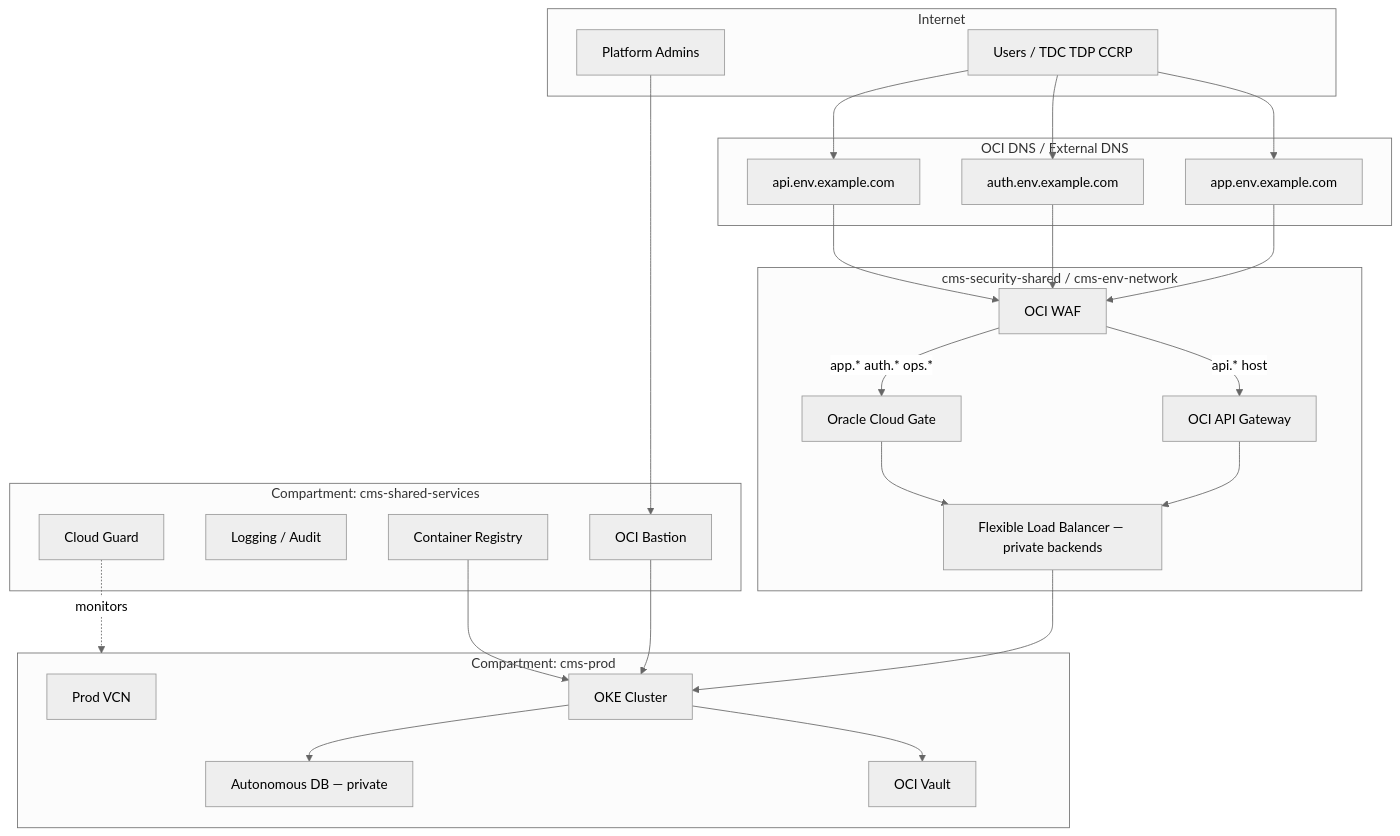
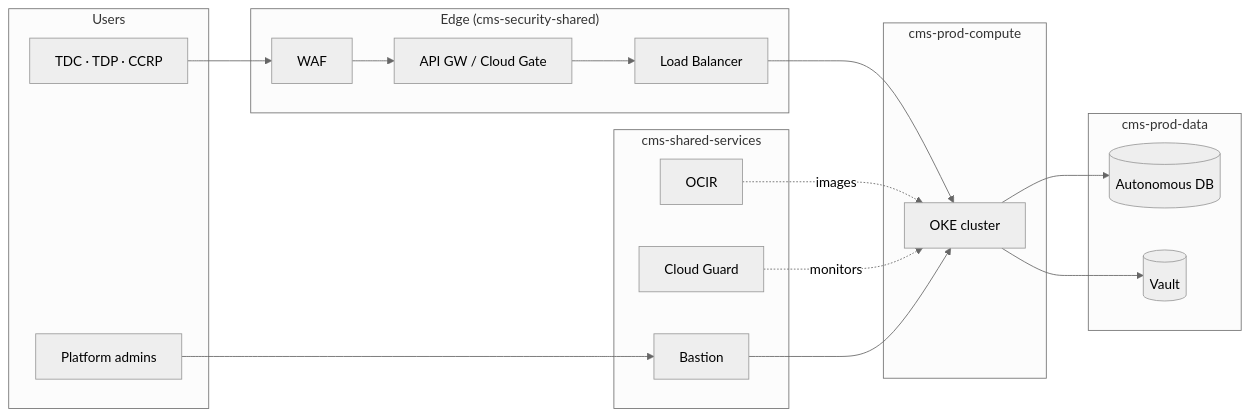
The third of 12 diagrams in README.md (gitmujoshi/Confidential-AI-Network), drawn with Mermaid (neutral theme) before and after one commit. The commit also changed other lines of this file, not shown here.

First line of the commit message:
docs: refactor README architecture diagrams into focused chunks

````diff
--- a/README.md
+++ b/README.md
@@ -63,49 +79,35 @@
 ```mermaid
-flowchart TB
-  subgraph Internet
-    Users[Users / TDC TDP CCRP]
-    Admins[Platform Admins]
+flowchart LR
+  subgraph Users
+    U[TDC · TDP · CCRP]
+    A[Platform admins]
   end
 
-  subgraph DNS["OCI DNS / External DNS"]
-    App_DNS[app.env.example.com]
-    Auth_DNS[auth.env.example.com]
-    Api_DNS[api.env.example.com]
+  subgraph Edge["Edge (cms-security-shared)"]
+    WAF[WAF]
+    GW[API GW / Cloud Gate]
+    LB[Load Balancer]
   end
 
-  subgraph Edge["cms-security-shared / cms-env-network"]
-    WAF[OCI WAF]
-    APIGW[OCI API Gateway]
-    CG[Oracle Cloud Gate]
-    LB[Flexible Load Balancer — private backends]
+  subgraph Workload["cms-prod-compute"]
+    OKE[OKE cluster]
   end
 
-  subgraph EnvProd["Compartment: cms-prod"]
-    VCN_P[Prod VCN]
-    OKE_P[OKE Cluster]
-    ADB_P[Autonomous DB — private]
-    Vault_P[OCI Vault]
+  subgraph Data["cms-prod-data"]
+    ADB[(Autonomous DB)]
+    V[(Vault)]
   end
 
-  subgraph Shared["Compartment: cms-shared-services"]
-    OCIR[Container Registry]
-    Logging[Logging / Audit]
-    CloudGuard[Cloud Guard]
-    Bastion[OCI Bastion]
+  subgraph Shared["cms-shared-services"]
+    OCIR[OCIR]
+    CG[Cloud Guard]
+    B[Bastion]
   end
 
-  Users --> App_DNS --> WAF
-  Users --> Auth_DNS --> WAF
-  Users --> Api_DNS --> WAF
-
-  WAF -->|api.* host| APIGW --> LB
-  WAF -->|app.* auth.* ops.*| CG --> LB
-  LB --> OKE_P
-  OKE_P --> ADB_P
-  OKE_P --> Vault_P
-
-  Admins --> Bastion --> OKE_P
-
-  CloudGuard -. monitors .-> EnvProd
-  OCIR --> OKE_P
+  U --> WAF --> GW --> LB --> OKE
+  OKE --> ADB
+  OKE --> V
+  OCIR -. images .-> OKE
+  CG -. monitors .-> OKE
+  A --> B --> OKE
 ```
````
